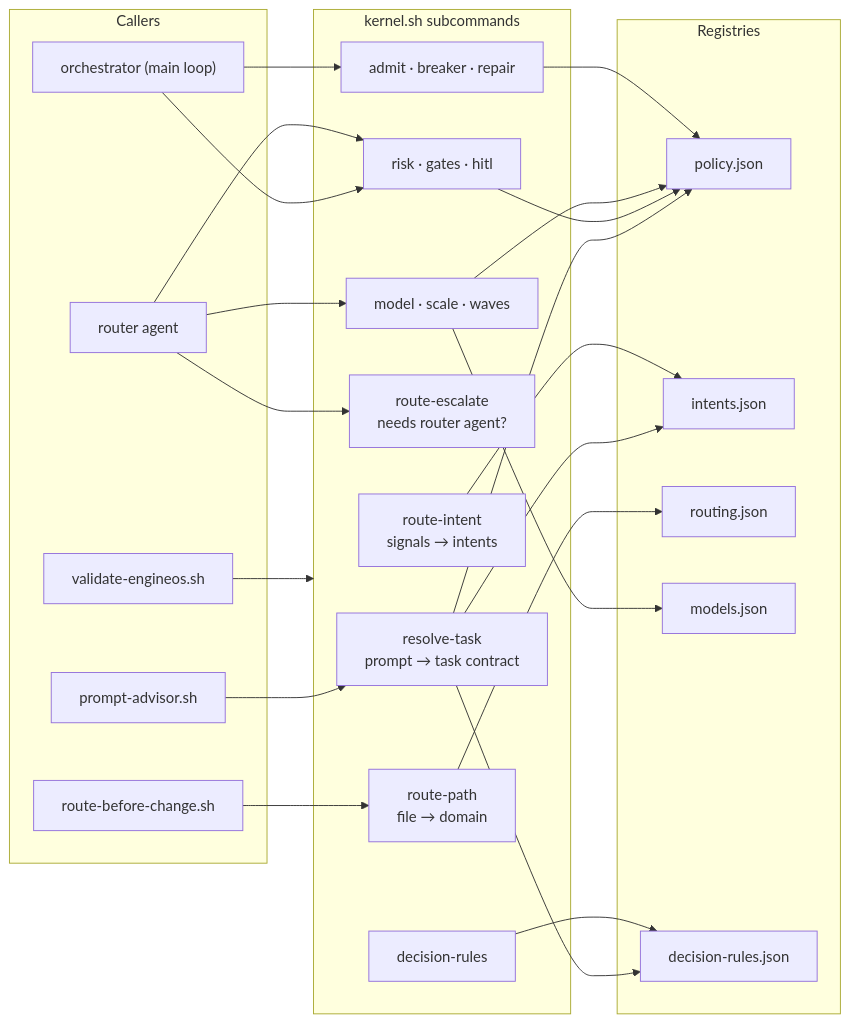
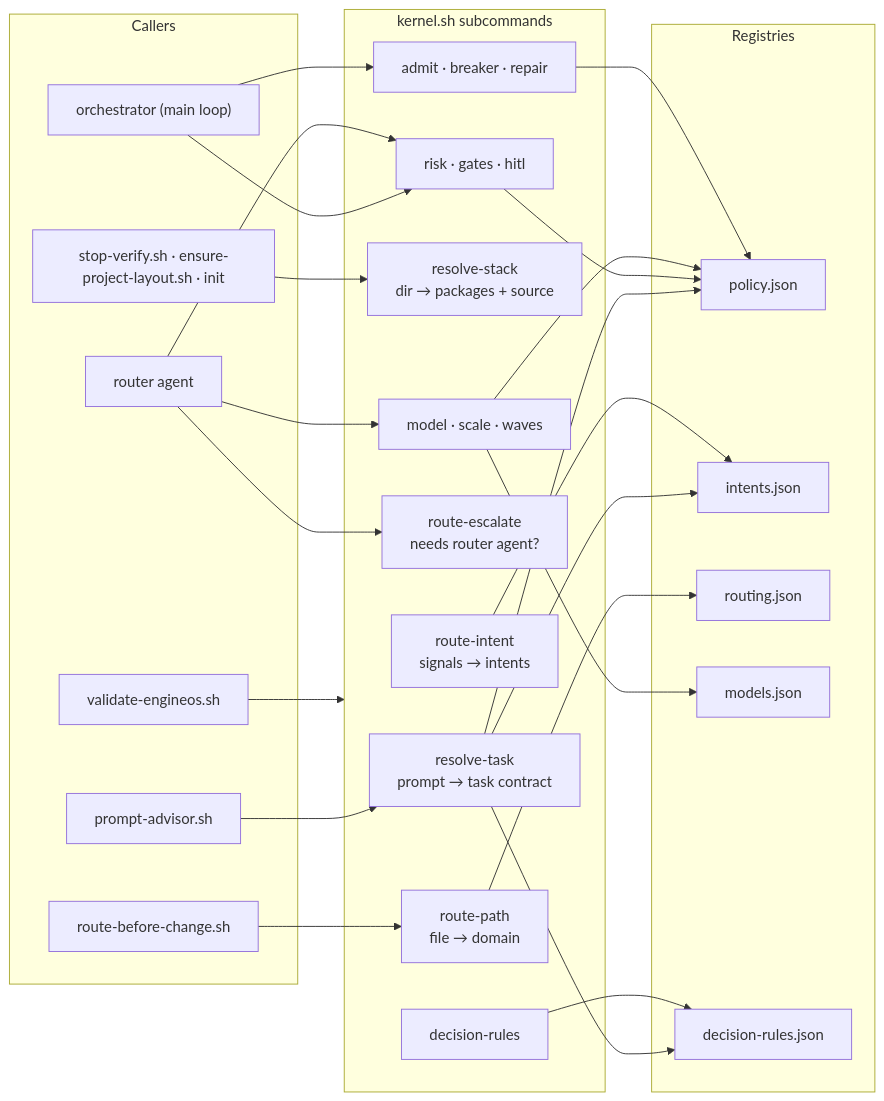
Before and after one commit to ricardofagmerspesia/engineos: the fourth of 8 diagrams in docs/BIG-PICTURE.md, drawn with Mermaid. The commit also changed other lines of this file and 7 other files, not shown here.

````diff
--- a/docs/BIG-PICTURE.md
+++ b/docs/BIG-PICTURE.md
@@ -230,46 +243,49 @@
 ```mermaid
 flowchart LR
     subgraph CALLERS["Callers"]
         PA["prompt-advisor.sh"]
         RBC["route-before-change.sh"]
+        SV["stop-verify.sh · ensure-project-layout.sh · init"]
         ORCH["orchestrator (main loop)"]
         RTR["router agent"]
         VG["validate-engineos.sh"]
     end
 
     subgraph K["kernel.sh subcommands"]
         RTASK["resolve-task<br/>prompt → task contract"]
         RPATH["route-path<br/>file → domain"]
+        RSTACK["resolve-stack<br/>dir → packages + source"]
         RINT["route-intent<br/>signals → intents"]
         RESC["route-escalate<br/>needs router agent?"]
         RISKC["risk · gates · hitl"]
         MODELC["model · scale · waves"]
         FLOW["admit · breaker · repair"]
         DR["decision-rules"]
     end
 
     subgraph DATA["Registries"]
         P["policy.json"]
         I["intents.json"]
         RO["routing.json"]
         M["models.json"]
         D["decision-rules.json"]
     end
 
     PA --> RTASK
     RBC --> RPATH
+    SV --> RSTACK
     ORCH --> FLOW
     ORCH --> RISKC
     RTR --> RESC
     RTR --> RISKC
     RTR --> MODELC
     VG --> K
 
     RTASK --> I & P & D
     RPATH --> RO
     RINT --> I
     RISKC --> P
     MODELC --> M & P
     FLOW --> P
     DR --> D
 ```
````
